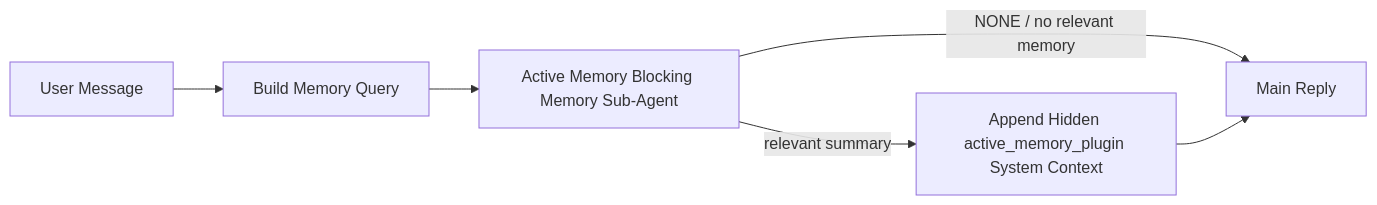
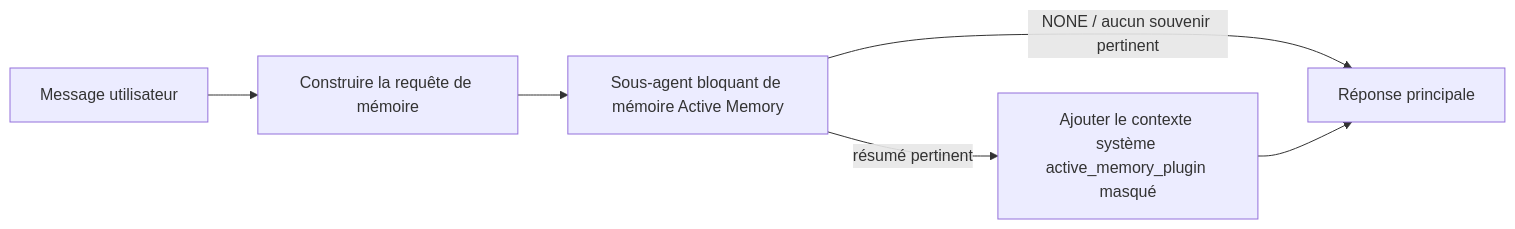
One commit to is0383kk/ai-docs-sync-workflow changed the diagram in openclaw-docs/fr/concepts/active-memory.md. Above: the diagram before and after it, drawn with Mermaid. The commit also changed other lines of this file and 12371 other files, not shown here.

````diff
--- a/openclaw-docs/fr/concepts/active-memory.md
+++ b/openclaw-docs/fr/concepts/active-memory.md
@@ -334,8 +85,8 @@
 ```mermaid
 flowchart LR
-  U["User Message"] --> Q["Build Memory Query"]
-  Q --> R["Active Memory Blocking Memory Sub-Agent"]
-  R -->|NONE / no relevant memory| M["Main Reply"]
-  R -->|relevant summary| I["Append Hidden active_memory_plugin System Context"]
-  I --> M["Main Reply"]
+  U["Message utilisateur"] --> Q["Construire la requête de mémoire"]
+  Q --> R["Sous-agent bloquant de mémoire Active Memory"]
+  R -->|NONE / aucun souvenir pertinent| M["Réponse principale"]
+  R -->|résumé pertinent| I["Ajouter le contexte système active_memory_plugin masqué"]
+  I --> M["Réponse principale"]
 ```
````
